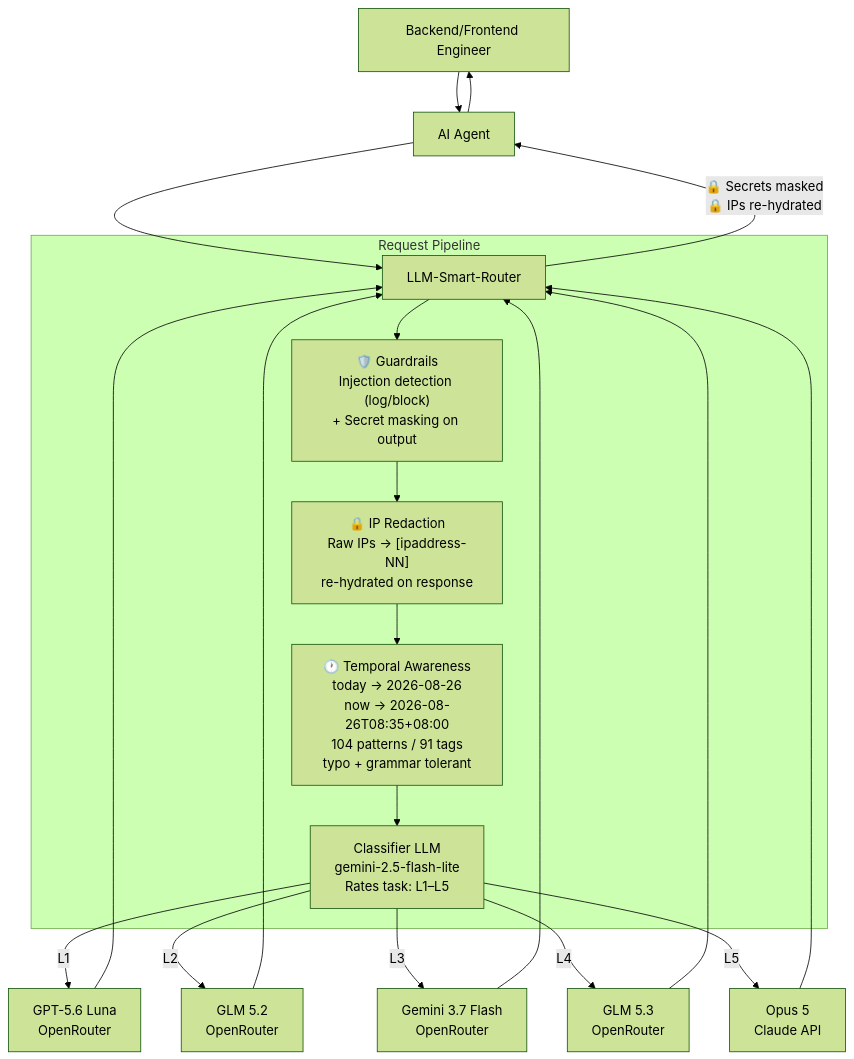
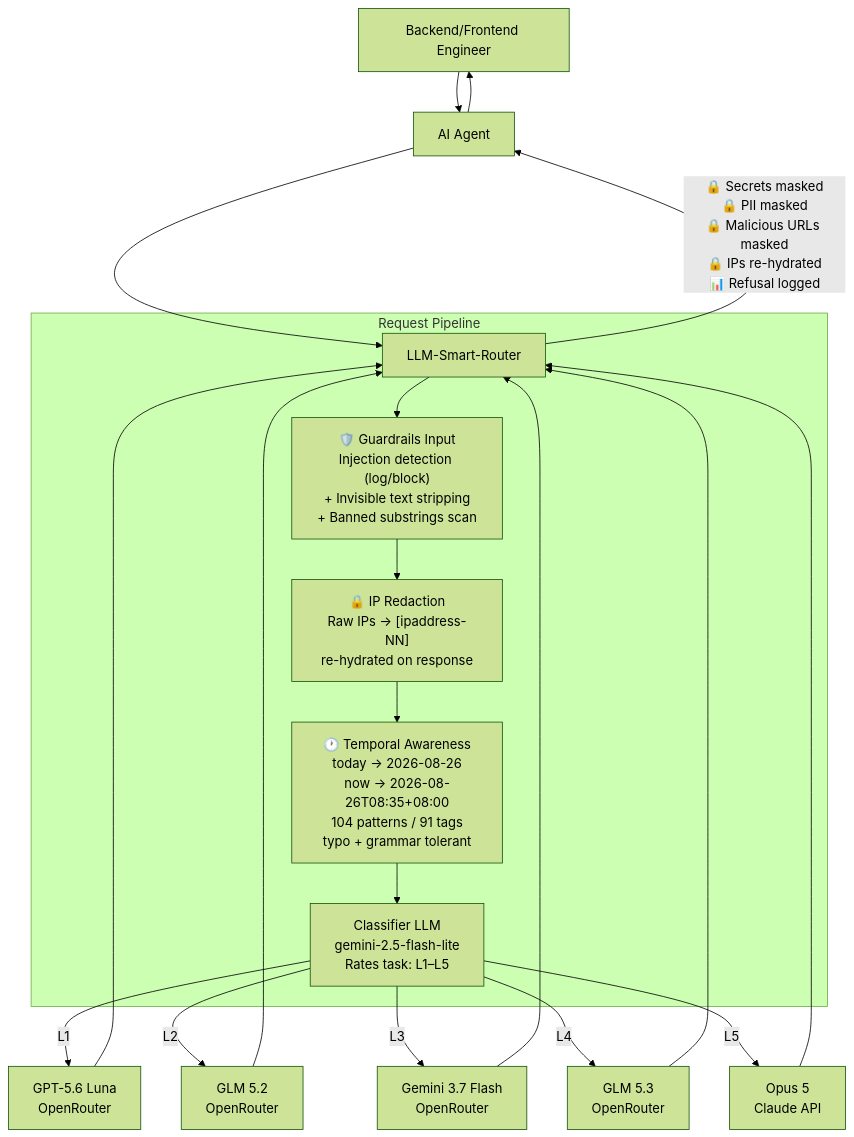
Before and after one commit to Green-Needle-Tech/llm-smart-router: the diagram in README.md, drawn with Mermaid (forest theme). The commit also changed other lines of this file and 1 other file, not shown here.

````diff
--- a/README.md
+++ b/README.md
@@ -344,27 +393,27 @@
 ```mermaid
 flowchart TD
     A[Backend/Frontend Engineer] --> B[AI Agent]
     B --> C[LLM-Smart-Router]
 
     subgraph Router [Request Pipeline]
-        C --> P1["🛡️ Guardrails<br/>Injection detection (log/block)<br/>+ Secret masking on output"]
+        C --> P1["🛡️ Guardrails Input<br/>Injection detection (log/block)<br/>+ Invisible text stripping<br/>+ Banned substrings scan"]
         P1 --> P2["🔒 IP Redaction<br/>Raw IPs → [ipaddress-NN]<br/>re-hydrated on response"]
         P2 --> P2T["🕐 Temporal Awareness<br/>today → 2026-08-26<br/>now → 2026-08-26T08:35+08:00<br/>104 patterns / 91 tags<br/>typo + grammar tolerant"]
         P2T --> D["Classifier LLM<br/>gemini-2.5-flash-lite<br/>Rates task: L1–L5"]
     end
 
     D -->|L1| E[GPT-5.6 Luna<br/>OpenRouter]
     D -->|L2| F[GLM 5.2<br/>OpenRouter]
     D -->|L3| F2[Gemini 3.7 Flash<br/>OpenRouter]
     D -->|L4| F3[GLM 5.3<br/>OpenRouter]
     D -->|L5| H[Opus 5<br/>Claude API]
 
     E --> C
     F --> C
     F2 --> C
     F3 --> C
     H --> C
 
-    C -->|"🔒 Secrets masked<br/>🔒 IPs re-hydrated"| B
+    C -->|"🔒 Secrets masked<br/>🔒 PII masked<br/>🔒 Malicious URLs masked<br/>🔒 IPs re-hydrated<br/>📊 Refusal logged"| B
     B --> A
 ```
````
